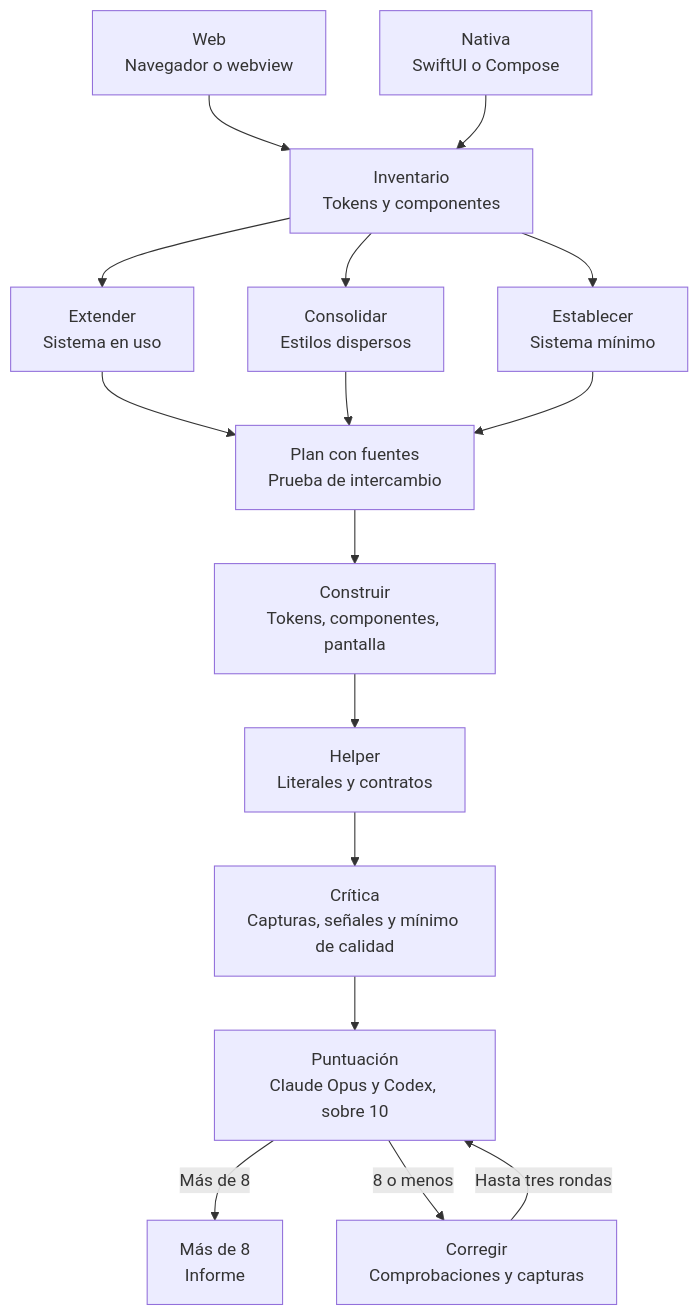
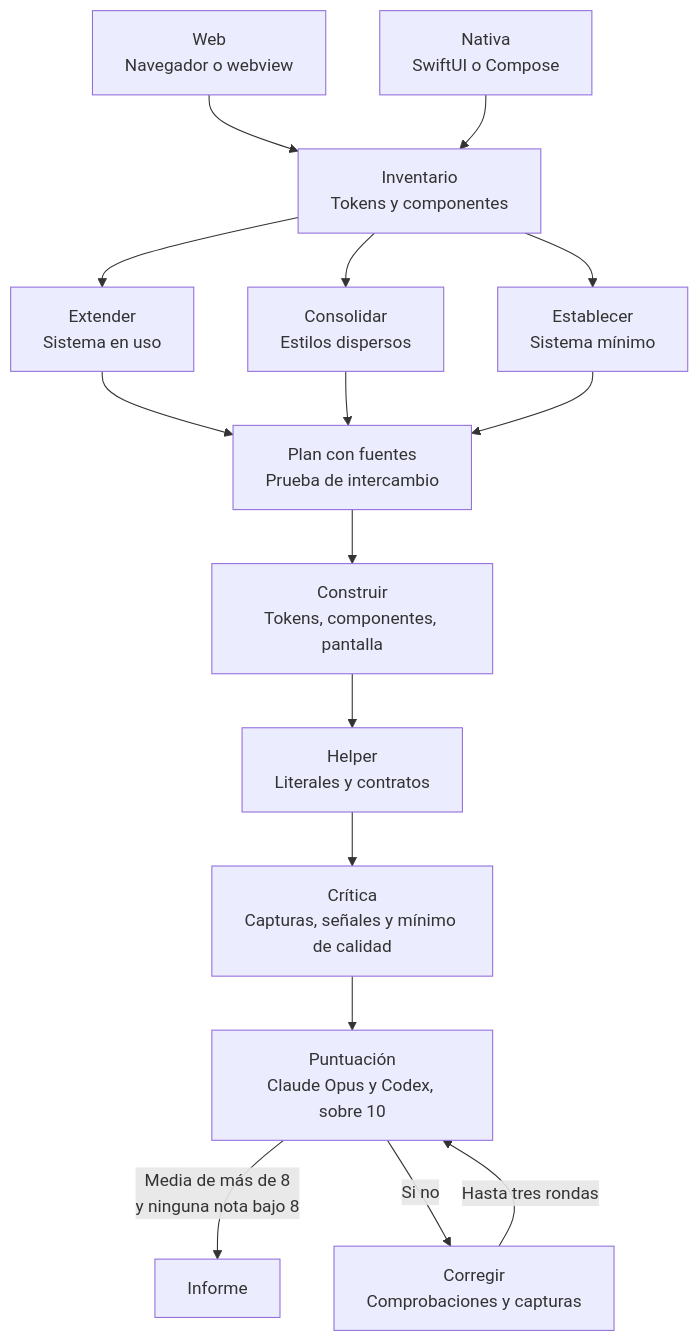
One commit to peqa-ai/peqa-workflows changed the second of 6 diagrams in README.md. Above: the diagram before and after it, drawn with Mermaid. The commit also changed other lines of this file and 3 other files, not shown here.

First line of the commit message:
feat(ui-design): mínimo de 8 por criterio y escala exigente

````diff
--- a/README.md
+++ b/README.md
@@ -60,25 +60,25 @@
 ```mermaid
 flowchart TD
     accTitle: Cómo trabaja ui-design con el sistema de diseño
-    accDescr: ui-design acepta interfaces web, incluidas las apps en webview, y pantallas nativas en SwiftUI o Jetpack Compose, y las lleva por el mismo proceso. Inventaría los tokens y componentes del proyecto. Si hay un sistema en uso, lo extiende; si hay estilos dispersos, consolida lo que toca la tarea; si no hay nada, establece un sistema mínimo. Después planifica con fuentes, aplica la prueba de intercambio, construye desde el sistema, comprueba el diff con el helper y critica el resultado. Por último, Claude Opus y Codex puntúan la interfaz sobre 10: con más de 8 termina y con 8 o menos corrige, repite comprobaciones y capturas y vuelve a puntuar, hasta tres rondas.
+    accDescr: ui-design acepta interfaces web, incluidas las apps en webview, y pantallas nativas en SwiftUI o Jetpack Compose, y las lleva por el mismo proceso. Inventaría los tokens y componentes del proyecto. Si hay un sistema en uso, lo extiende; si hay estilos dispersos, consolida lo que toca la tarea; si no hay nada, establece un sistema mínimo. Después planifica con fuentes, aplica la prueba de intercambio, construye desde el sistema, comprueba el diff con el helper y critica el resultado. Por último, Claude Opus y Codex puntúan la interfaz sobre 10: con una media de más de 8 y ninguna nota por debajo de 8 termina; si no, corrige, repite comprobaciones y capturas y vuelve a puntuar, hasta tres rondas.
 
     web["Web<br/>Navegador o webview"]
     nativa["Nativa<br/>SwiftUI o Compose"]
     inventario["Inventario<br/>Tokens y componentes"]
     extender["Extender<br/>Sistema en uso"]
     consolidar["Consolidar<br/>Estilos dispersos"]
     establecer["Establecer<br/>Sistema mínimo"]
     plan["Plan con fuentes<br/>Prueba de intercambio"]
     construir["Construir<br/>Tokens, componentes, pantalla"]
     helper["Helper<br/>Literales y contratos"]
     critica["Crítica<br/>Capturas, señales y mínimo de calidad"]
     puntuacion["Puntuación<br/>Claude Opus y Codex, sobre 10"]
-    listo["Más de 8<br/>Informe"]
+    listo["Informe"]
     corregir["Corregir<br/>Comprobaciones y capturas"]
 
     web & nativa --> inventario
     inventario --> extender & consolidar & establecer
     extender & consolidar & establecer --> plan --> construir --> helper --> critica --> puntuacion
-    puntuacion -->|"Más de 8"| listo
-    puntuacion -->|"8 o menos"| corregir -->|"Hasta tres rondas"| puntuacion
+    puntuacion -->|"Media de más de 8<br/>y ninguna nota bajo 8"| listo
+    puntuacion -->|"Si no"| corregir -->|"Hasta tres rondas"| puntuacion
 ```
````
